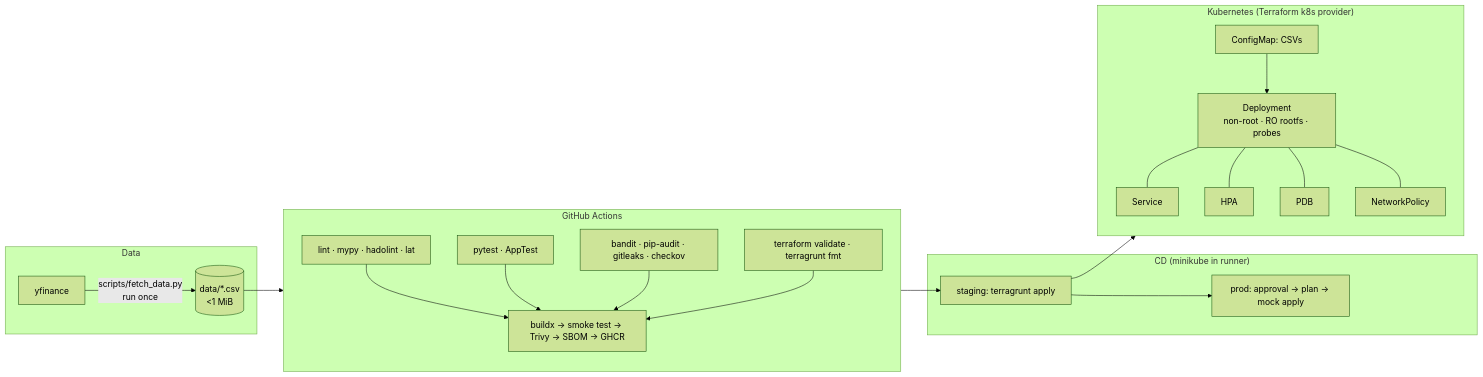
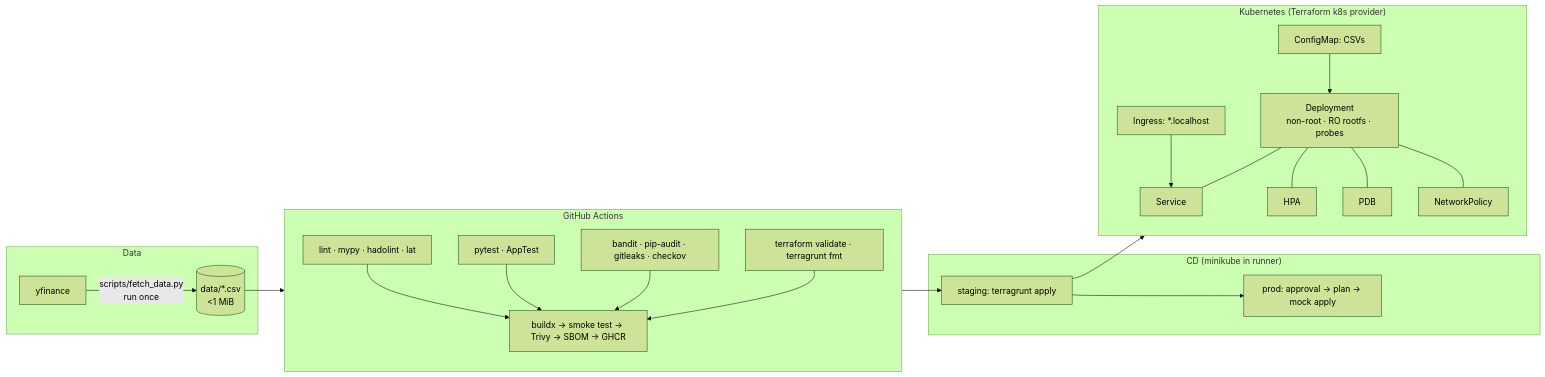
The diagram in README.md (fred9702/bcc-s2), drawn with Mermaid (forest theme) before and after one commit. The commit also changed other lines of this file and 8 other files, not shown here.

````diff
--- a/README.md
+++ b/README.md
@@ -9,24 +9,25 @@
 ```mermaid
 flowchart LR
   subgraph Data
     YF[yfinance] -->|scripts/fetch_data.py<br/>run once| CSV[(data/*.csv<br/>&lt;1 MiB)]
   end
   subgraph CI["GitHub Actions"]
     direction TB
     L[lint · mypy · hadolint · lat] --> IMG
     T[pytest · AppTest] --> IMG
     S[bandit · pip-audit · gitleaks · checkov] --> IMG
     I[terraform validate · terragrunt fmt] --> IMG
     IMG[buildx → smoke test → Trivy → SBOM → GHCR]
   end
   subgraph CD["CD (minikube in runner)"]
     STG[staging: terragrunt apply] --> PRD[prod: approval → plan → mock apply]
   end
   CSV --> IMG
   IMG --> STG
   subgraph K8s["Kubernetes (Terraform k8s provider)"]
     CM[ConfigMap: CSVs] --> POD[Deployment<br/>non-root · RO rootfs · probes]
+    ING[Ingress: *.localhost] --> SVC
     POD --- SVC[Service] & HPA[HPA] & PDB[PDB] & NP[NetworkPolicy]
   end
   STG --> K8s
 ```
````
